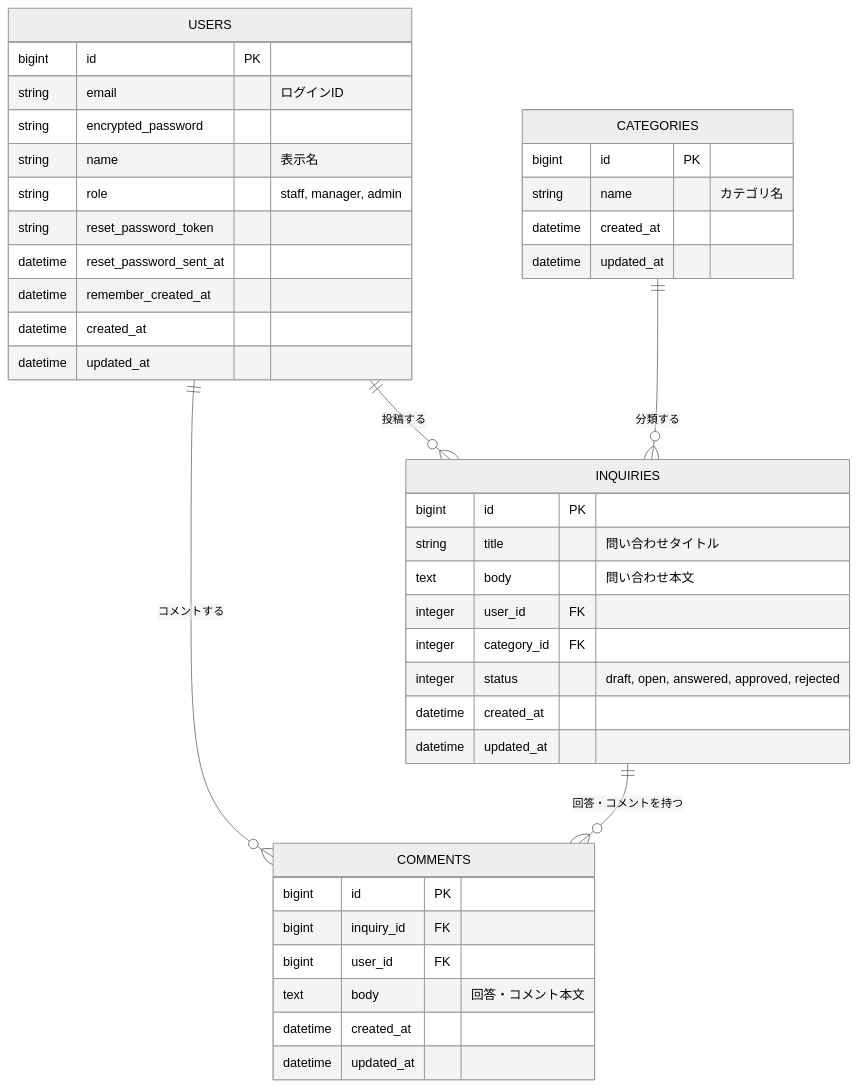
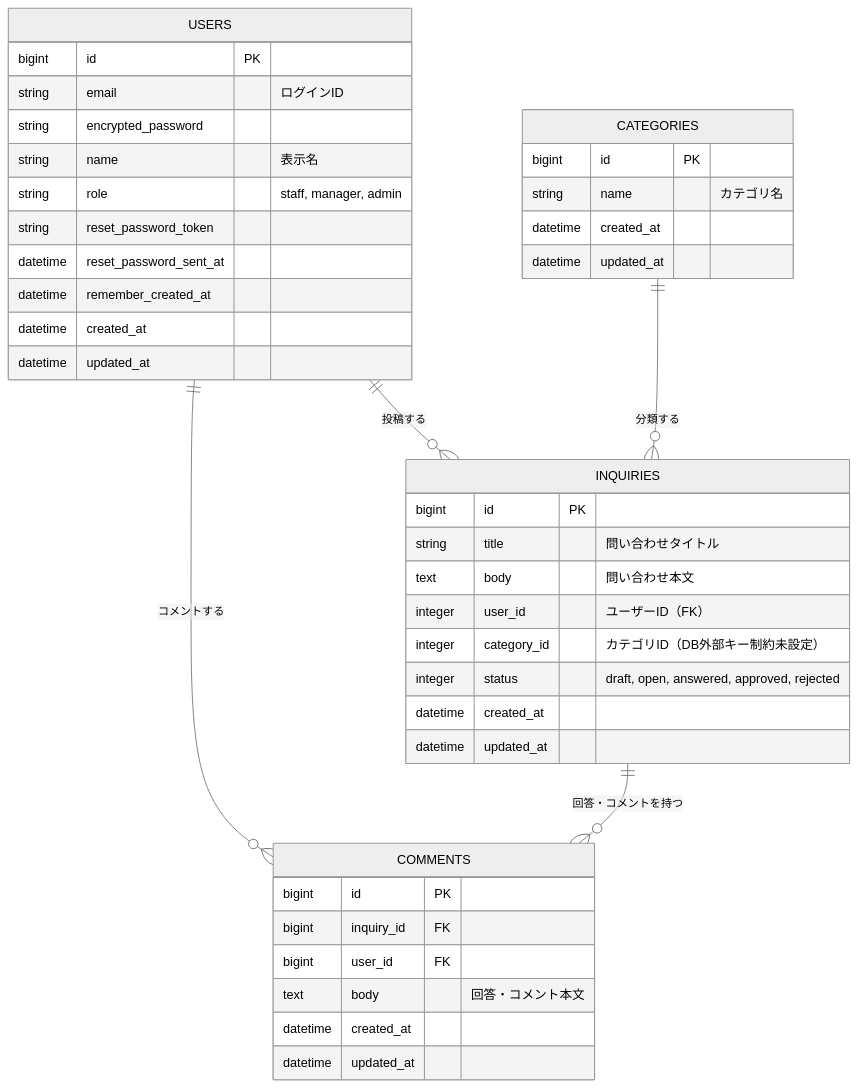
Before and after one commit to urm0922/LibNote: the first of 2 diagrams in docs/er_diagram.md, drawn with Mermaid (neutral theme). The commit also changed other lines of this file and 5 other files, not shown here.

````diff
--- a/docs/er_diagram.md
+++ b/docs/er_diagram.md
@@ -9,47 +9,47 @@
 ```mermaid
 erDiagram
     USERS ||--o{ INQUIRIES : "投稿する"
     USERS ||--o{ COMMENTS : "コメントする"
     CATEGORIES ||--o{ INQUIRIES : "分類する"
     INQUIRIES ||--o{ COMMENTS : "回答・コメントを持つ"
 
     USERS {
         bigint id PK
         string email "ログインID"
         string encrypted_password
         string name "表示名"
         string role "staff, manager, admin"
         string reset_password_token
         datetime reset_password_sent_at
         datetime remember_created_at
         datetime created_at
         datetime updated_at
     }
 
     CATEGORIES {
         bigint id PK
         string name "カテゴリ名"
         datetime created_at
         datetime updated_at
     }
 
     INQUIRIES {
         bigint id PK
         string title "問い合わせタイトル"
         text body "問い合わせ本文"
-        integer user_id FK
-        integer category_id FK
+        integer user_id "ユーザーID（FK）"
+        integer category_id "カテゴリID（DB外部キー制約未設定）"
         integer status "draft, open, answered, approved, rejected"
         datetime created_at
         datetime updated_at
     }
 
     COMMENTS {
         bigint id PK
         bigint inquiry_id FK
         bigint user_id FK
         text body "回答・コメント本文"
         datetime created_at
         datetime updated_at
     }
 ```
````
